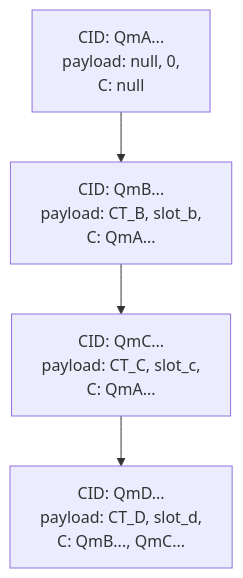
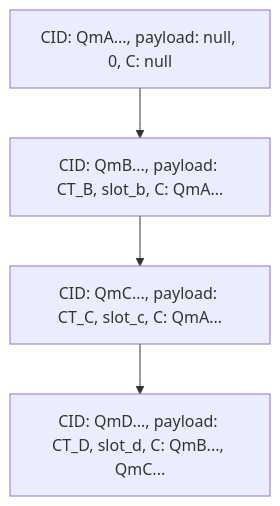
One commit to ideal-lab5/Grants-Program changed the third of 7 diagrams in applications/etf_network.md. Above: the diagram before and after it, drawn with Mermaid. The commit also changed other lines of this file, not shown here.

Commit message:
fix diagrams

````diff
--- a/applications/etf_network.md
+++ b/applications/etf_network.md
@@ -147,22 +132,6 @@
-``` mermaid
-   graph TD;
-      A[
-         CID: QmA...
-         payload: null, 0,
-         C: null
-      ]-->B[
-         CID: QmB...
-         payload: CT_B, slot_b,
-         C: QmA...
-      ];
-      B-->C[
-         CID: QmC...
-         payload: CT_C, slot_c,
-         C: QmA...
-      ];
-      C-->D[
-         CID: QmD...
-         payload: CT_D, slot_d,
-         C: QmB..., QmC...
-      ];
+```mermaid
+graph TD;
+   A[CID: QmA..., payload: null, 0, C: null]-->B[CID: QmB..., payload: CT_B, slot_b, C: QmA...];
+   B-->C[CID: QmC..., payload: CT_C, slot_c, C: QmA...];
+   C-->D[CID: QmD..., payload: CT_D, slot_d, C: QmB..., QmC...];
 ```
````
